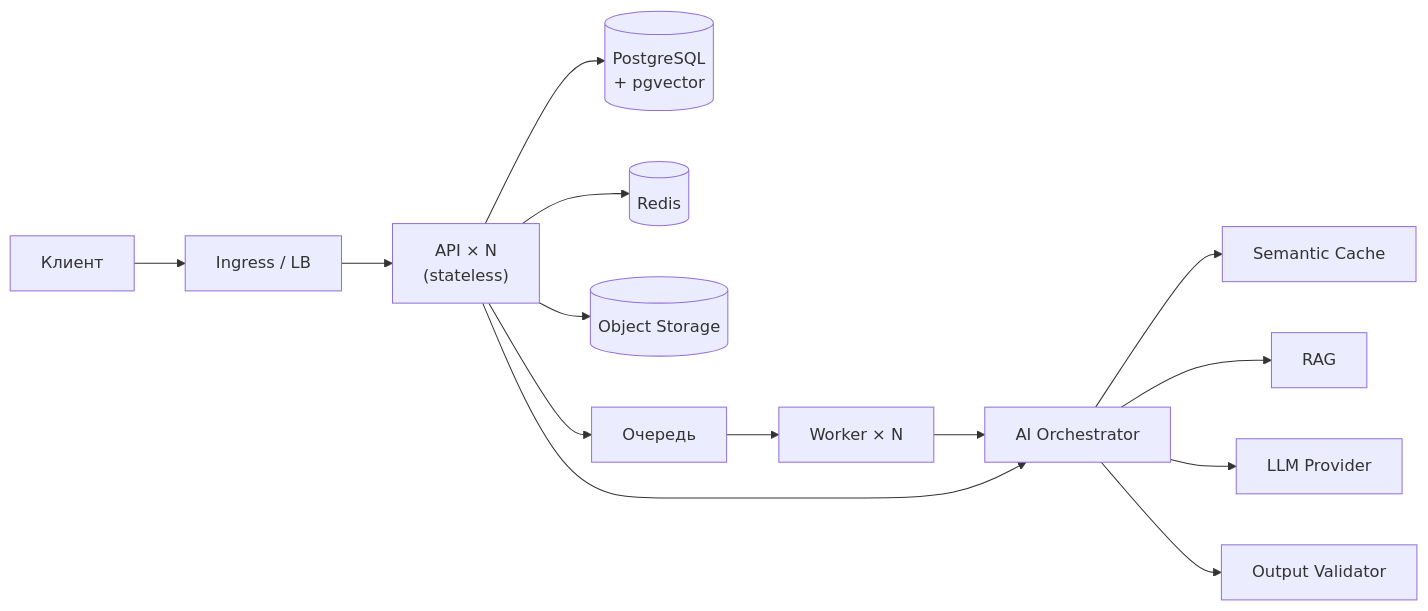
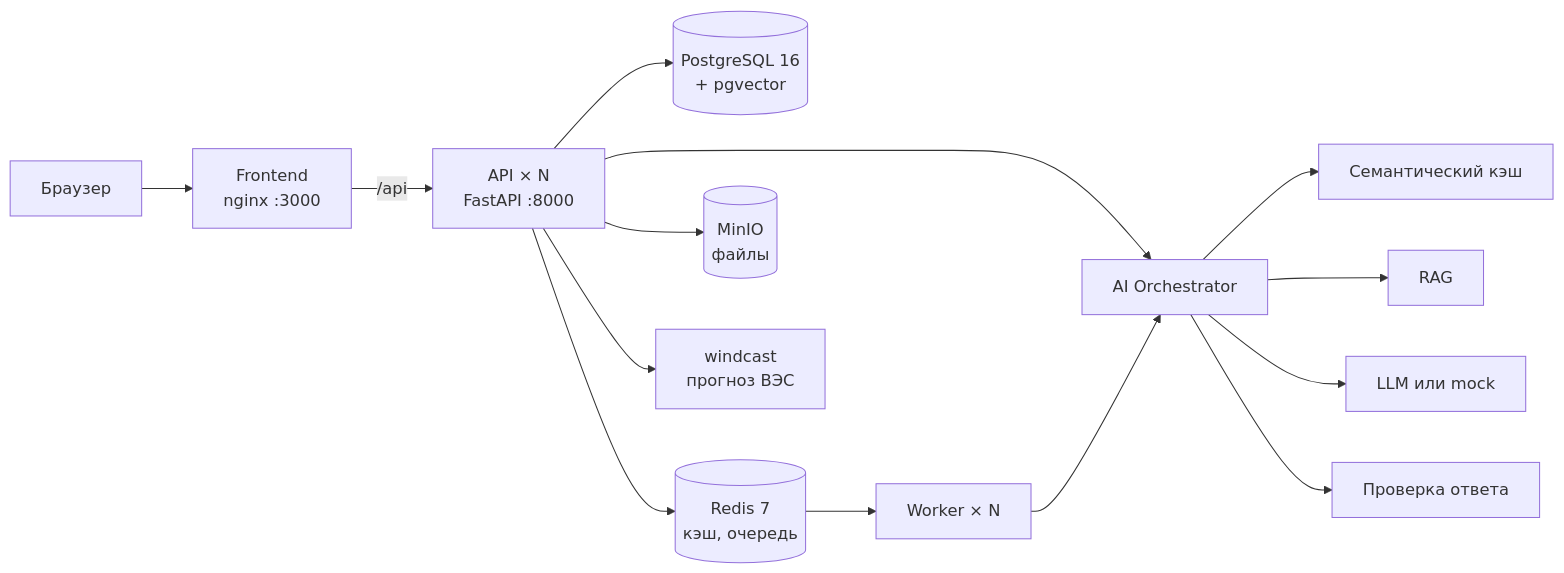
The second of 2 diagrams in README.md (BAITC-Hacks/hack-9013145c-opentowork), drawn with Mermaid before and after one commit. The commit also changed other lines of this file and 7 other files, not shown here.

````diff
--- a/README.md
+++ b/README.md
@@ -282,16 +365,16 @@
 ```mermaid
 graph LR
-    U[Клиент] --> ING["Ingress / LB"]
-    ING --> API["API × N<br/>(stateless)"]
-    API --> PG[("PostgreSQL<br/>+ pgvector")]
-    API --> R[("Redis")]
-    API --> S3[("Object Storage")]
-    API --> Q[Очередь]
-    Q --> W["Worker × N"]
-    W --> ORCH[AI Orchestrator]
-    API --> ORCH
-    ORCH --> SC[Semantic Cache]
+    U[Браузер] --> FE["Frontend<br/>nginx :3000"]
+    FE -->|/api| API["API × N<br/>FastAPI :8000"]
+    API --> PG[("PostgreSQL 16<br/>+ pgvector")]
+    API --> R[("Redis 7<br/>кэш, очередь")]
+    API --> S3[("MinIO<br/>файлы")]
+    R --> W["Worker × N"]
+    API --> WC["windcast<br/>прогноз ВЭС"]
+    API --> ORCH[AI Orchestrator]
+    W --> ORCH
+    ORCH --> SC[Семантический кэш]
     ORCH --> RAG[RAG]
-    ORCH --> LLM[LLM Provider]
-    ORCH --> VAL[Output Validator]
+    ORCH --> LLM[LLM или mock]
+    ORCH --> VAL[Проверка ответа]
 ```
````
